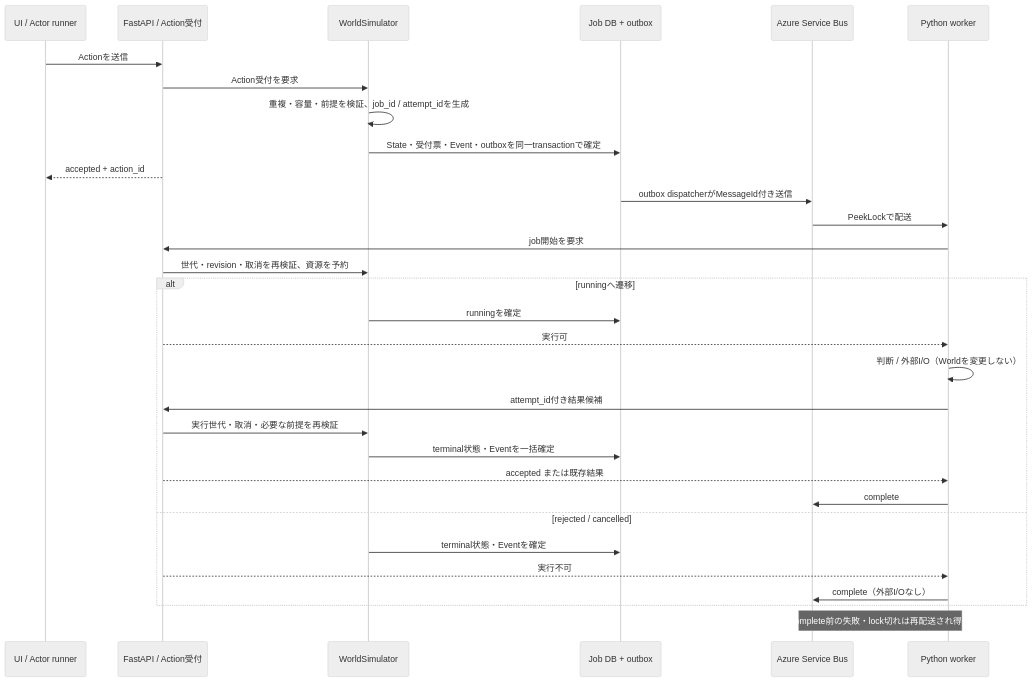
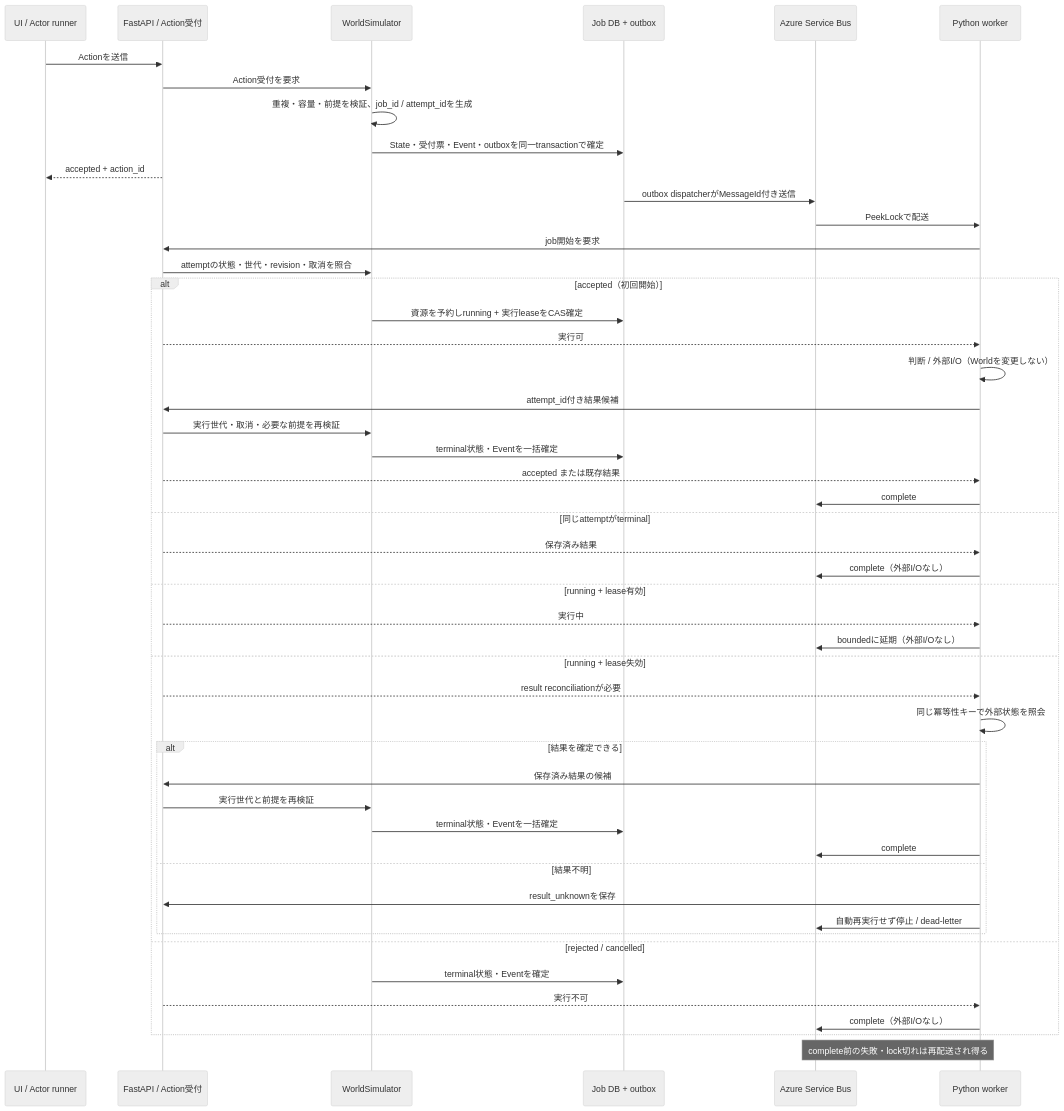
One commit to yomote/agent-world changed the fourth of 4 diagrams in docs/runbooks/design-review.md. Above: the diagram before and after it, drawn with Mermaid (neutral theme). The commit also changed other lines of this file, not shown here.

Commit message:
docs: make async recovery idempotent

````diff
--- a/docs/runbooks/design-review.md
+++ b/docs/runbooks/design-review.md
@@ -78,33 +78,51 @@
 ```mermaid
 sequenceDiagram
     participant UI as UI / Actor runner
     participant API as FastAPI / Action受付
     participant W as WorldSimulator
     participant DB as Job DB + outbox
     participant Q as Azure Service Bus
     participant WK as Python worker
     UI->>API: Actionを送信
     API->>W: Action受付を要求
     W->>W: 重複・容量・前提を検証、job_id / attempt_idを生成
     W->>DB: State・受付票・Event・outboxを同一transactionで確定
     API-->>UI: accepted + action_id
     DB->>Q: outbox dispatcherがMessageId付き送信
     Q->>WK: PeekLockで配送
     WK->>API: job開始を要求
-    API->>W: 世代・revision・取消を再検証、資源を予約
-    alt runningへ遷移
-        W->>DB: runningを確定
+    API->>W: attemptの状態・世代・revision・取消を照合
+    alt accepted（初回開始）
+        W->>DB: 資源を予約しrunning + 実行leaseをCAS確定
         API-->>WK: 実行可
         WK->>WK: 判断 / 外部I/O（Worldを変更しない）
         WK->>API: attempt_id付き結果候補
         API->>W: 実行世代・取消・必要な前提を再検証
         W->>DB: terminal状態・Eventを一括確定
         API-->>WK: accepted または既存結果
         WK->>Q: complete
+    else 同じattemptがterminal
+        API-->>WK: 保存済み結果
+        WK->>Q: complete（外部I/Oなし）
+    else running + lease有効
+        API-->>WK: 実行中
+        WK->>Q: boundedに延期（外部I/Oなし）
+    else running + lease失効
+        API-->>WK: result reconciliationが必要
+        WK->>WK: 同じ冪等性キーで外部状態を照会
+        alt 結果を確定できる
+            WK->>API: 保存済み結果の候補
+            API->>W: 実行世代と前提を再検証
+            W->>DB: terminal状態・Eventを一括確定
+            WK->>Q: complete
+        else 結果不明
+            WK->>API: result_unknownを保存
+            WK->>Q: 自動再実行せず停止 / dead-letter
+        end
     else rejected / cancelled
         W->>DB: terminal状態・Eventを確定
         API-->>WK: 実行不可
         WK->>Q: complete（外部I/Oなし）
     end
     Note over Q,WK: complete前の失敗・lock切れは再配送され得る
 ```
````
